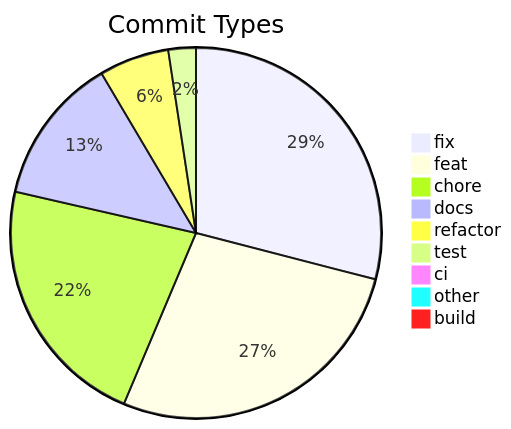
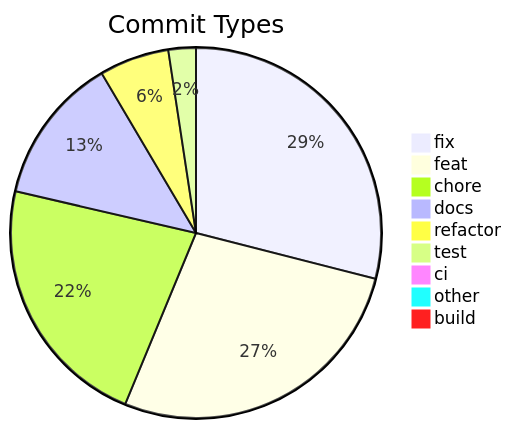
One commit to svenroth-ai/shipwright changed the diagram in .shipwright/compliance/change-history.md. Above: the diagram before and after it, drawn with Mermaid. The commit also changed other lines of this file and 14 other files, not shown here.

````diff
--- a/.shipwright/compliance/change-history.md
+++ b/.shipwright/compliance/change-history.md
@@ -8,12 +8,12 @@
 ```mermaid
 pie title Commit Types
     "fix" : 290
     "feat" : 273
-    "chore" : 222
+    "chore" : 224
     "docs" : 129
     "refactor" : 61
     "test" : 24
     "ci" : 7
     "other" : 7
     "build" : 1
 ```
````
